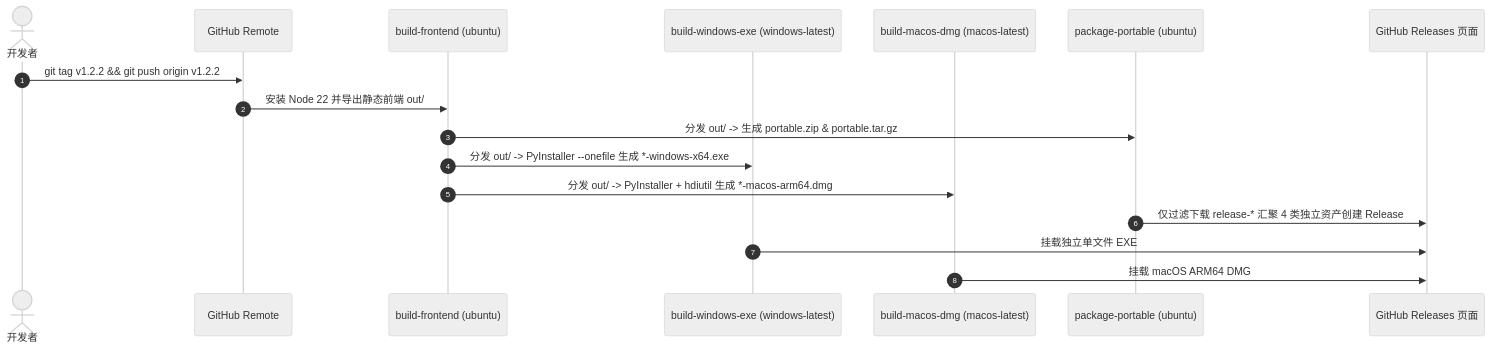
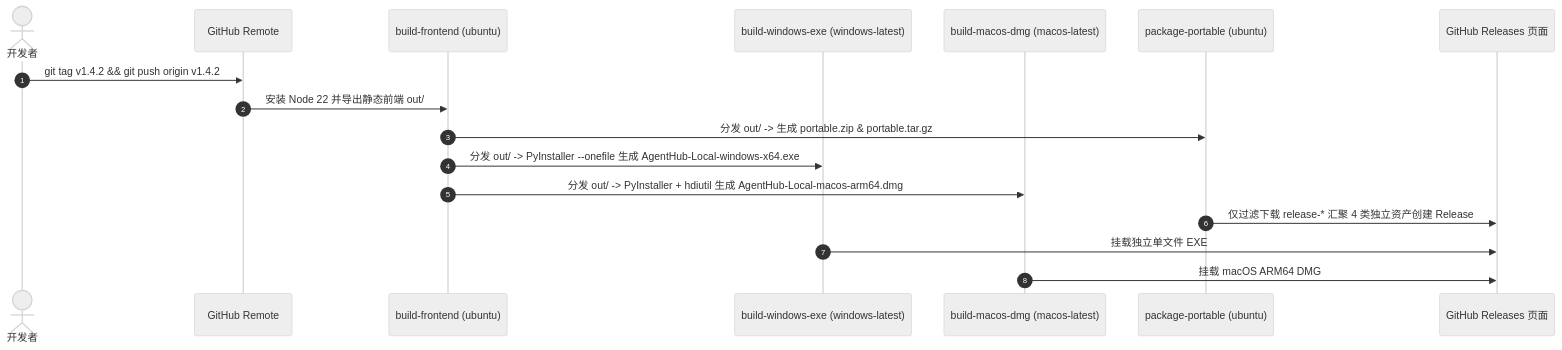
Before and after one commit to voodooq/agenthub-local: the second of 2 diagrams in README.md, drawn with Mermaid (neutral theme). The commit also changed other lines of this file and 24 other files, not shown here.

````diff
--- a/README.md
+++ b/README.md
@@ -245,20 +254,20 @@
 ```mermaid
 sequenceDiagram
     autonumber
     actor Dev as 开发者
     participant GH as GitHub Remote
     participant FE as build-frontend (ubuntu)
     participant Win as build-windows-exe (windows-latest)
     participant Mac as build-macos-dmg (macos-latest)
     participant Port as package-portable (ubuntu)
     participant Rel as GitHub Releases 页面
 
-    Dev->>GH: git tag v1.2.2 && git push origin v1.2.2
+    Dev->>GH: git tag v1.4.2 && git push origin v1.4.2
     GH->>FE: 安装 Node 22 并导出静态前端 out/
     FE->>Port: 分发 out/ -> 生成 portable.zip & portable.tar.gz
-    FE->>Win: 分发 out/ -> PyInstaller --onefile 生成 *-windows-x64.exe
-    FE->>Mac: 分发 out/ -> PyInstaller + hdiutil 生成 *-macos-arm64.dmg
+    FE->>Win: 分发 out/ -> PyInstaller --onefile 生成 AgentHub-Local-windows-x64.exe
+    FE->>Mac: 分发 out/ -> PyInstaller + hdiutil 生成 AgentHub-Local-macos-arm64.dmg
     Port->>Rel: 仅过滤下载 release-* 汇聚 4 类独立资产创建 Release
     Win->>Rel: 挂载独立单文件 EXE
     Mac->>Rel: 挂载 macOS ARM64 DMG
 ```
````
